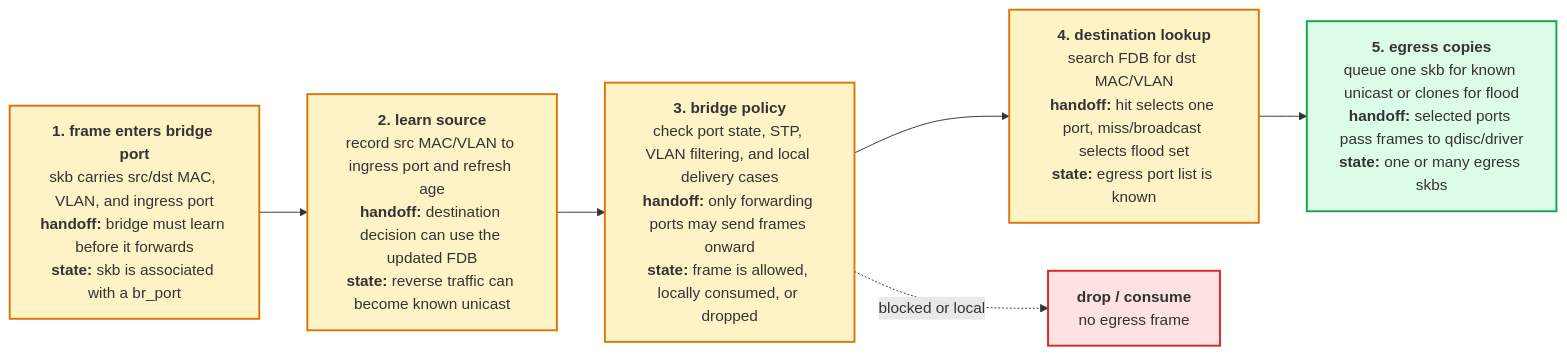
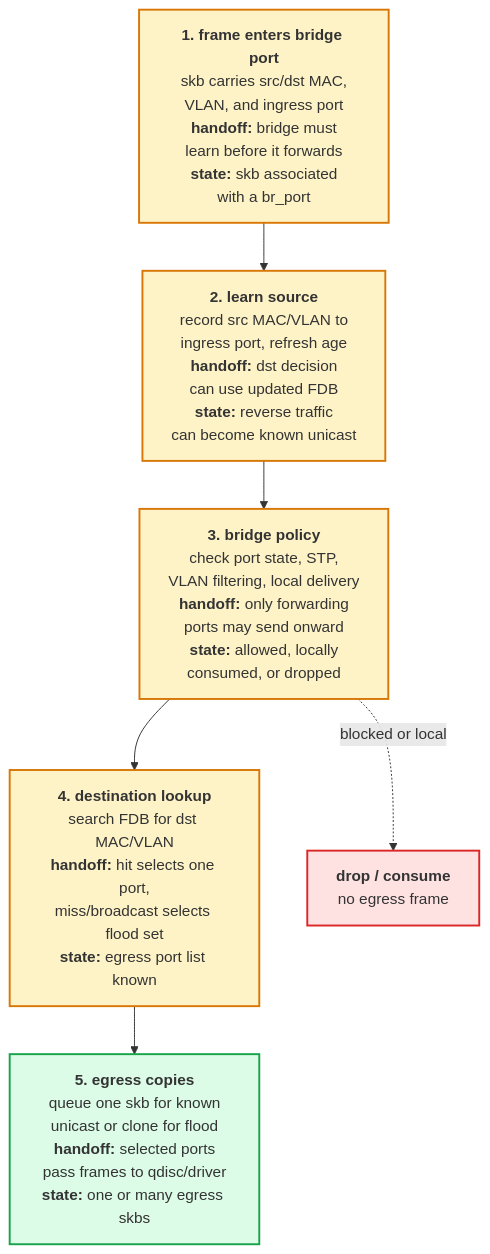
The diagram in linux-net/src/diagrams/src/day11_bridge.mmd (biefy/books), drawn with Mermaid before and after one commit. The commit also changed 208 other files, not shown here.

First line of the commit message:
books: re-render diagrams vertically so text ≈ body size (#64)

```diff
--- a/linux-net/src/diagrams/src/day11_bridge.mmd
+++ b/linux-net/src/diagrams/src/day11_bridge.mmd
@@ -1,22 +1,22 @@
-flowchart LR
-    In["<b>1. frame enters bridge port</b><br/>skb carries src/dst MAC, VLAN, and ingress port<br/><b>handoff:</b> bridge must learn before it forwards<br/><b>state:</b> skb is associated with a br_port"]
+flowchart TD
+    In["<b>1. frame enters bridge port</b><br/>skb carries src/dst MAC,<br/>VLAN, and ingress port<br/><b>handoff:</b> bridge must<br/>learn before it forwards<br/><b>state:</b> skb associated<br/>with a br_port"]
 
-    Learn["<b>2. learn source</b><br/>record src MAC/VLAN to ingress port and refresh age<br/><b>handoff:</b> destination decision can use the updated FDB<br/><b>state:</b> reverse traffic can become known unicast"]
+    Learn["<b>2. learn source</b><br/>record src MAC/VLAN to<br/>ingress port, refresh age<br/><b>handoff:</b> dst decision<br/>can use updated FDB<br/><b>state:</b> reverse traffic<br/>can become known unicast"]
 
-    Policy["<b>3. bridge policy</b><br/>check port state, STP, VLAN filtering, and local delivery cases<br/><b>handoff:</b> only forwarding ports may send frames onward<br/><b>state:</b> frame is allowed, locally consumed, or dropped"]
+    Policy["<b>3. bridge policy</b><br/>check port state, STP,<br/>VLAN filtering, local delivery<br/><b>handoff:</b> only forwarding<br/>ports may send onward<br/><b>state:</b> allowed, locally<br/>consumed, or dropped"]
 
-    Lookup["<b>4. destination lookup</b><br/>search FDB for dst MAC/VLAN<br/><b>handoff:</b> hit selects one port, miss/broadcast selects flood set<br/><b>state:</b> egress port list is known"]
+    Lookup["<b>4. destination lookup</b><br/>search FDB for dst MAC/VLAN<br/><b>handoff:</b> hit selects one port,<br/>miss/broadcast selects flood set<br/><b>state:</b> egress port list known"]
 
-    Egress["<b>5. egress copies</b><br/>queue one skb for known unicast or clones for flood<br/><b>handoff:</b> selected ports pass frames to qdisc/driver<br/><b>state:</b> one or many egress skbs"]
+    Egress["<b>5. egress copies</b><br/>queue one skb for known<br/>unicast or clone for flood<br/><b>handoff:</b> selected ports<br/>pass frames to qdisc/driver<br/><b>state:</b> one or many egress skbs"]
 
     Drop["<b>drop / consume</b><br/>no egress frame"]
 
     In --> Learn --> Policy --> Lookup --> Egress
     Policy -. blocked or local .-> Drop
 
     classDef br fill:#fef3c7,stroke:#d97706,stroke-width:2px
     classDef ok fill:#dcfce7,stroke:#16a34a,stroke-width:2px
     classDef bad fill:#fee2e2,stroke:#dc2626,stroke-width:2px
     class In,Learn,Policy,Lookup br
     class Egress ok
     class Drop bad
```
